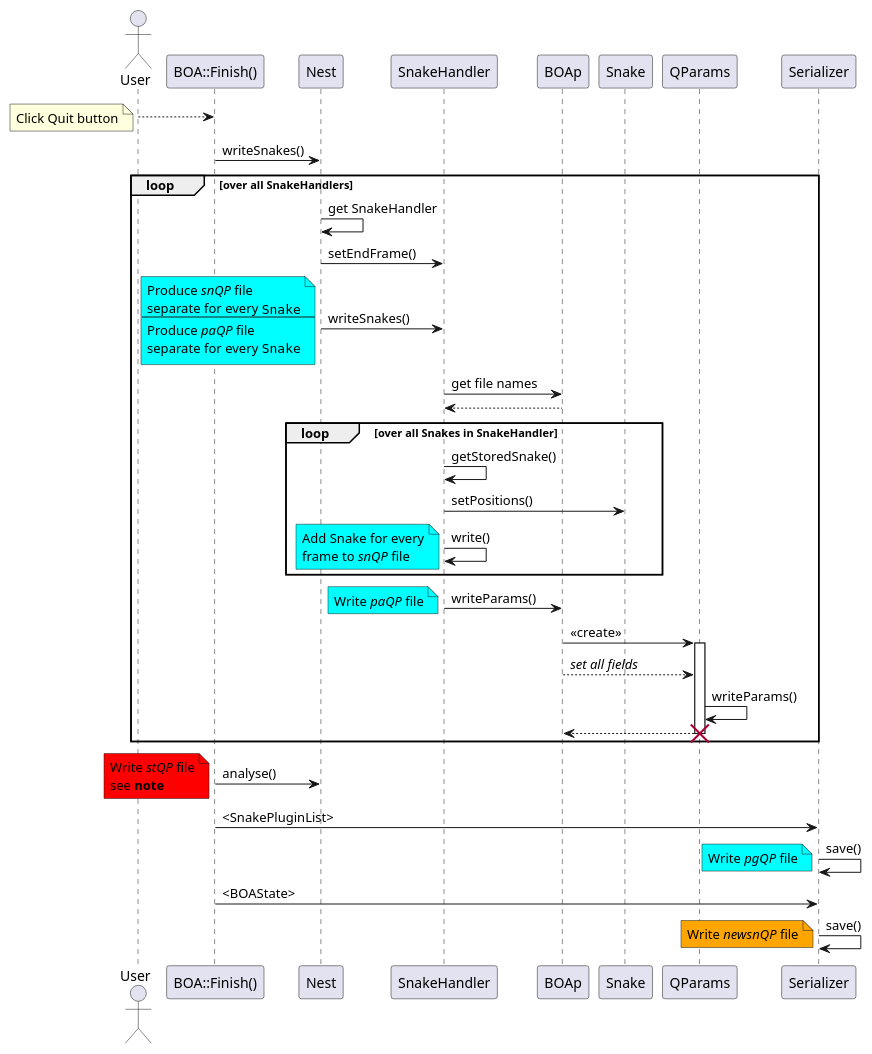
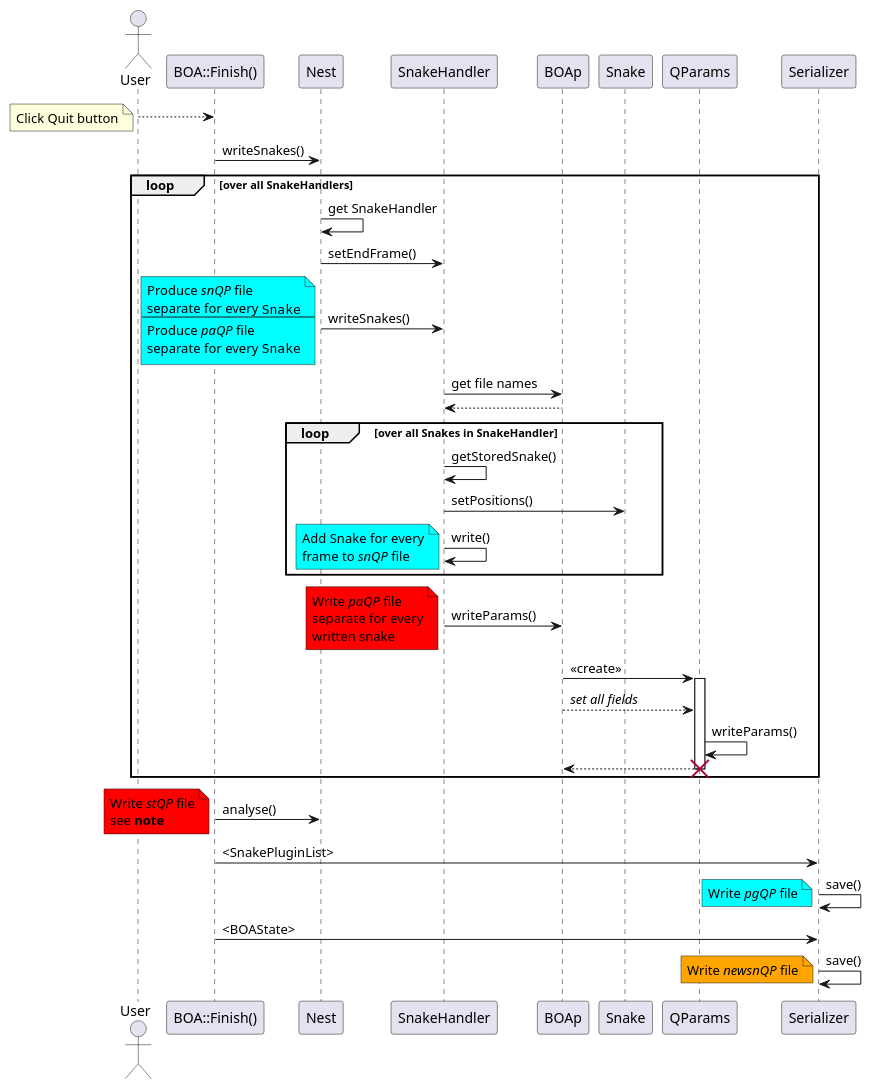
One commit to CellDynamics/QuimP changed the third of 4 diagrams in Doxygen_doc/ConfigurationHandling.md. Above: the diagram before and after it, drawn with PlantUML. The commit also changed 4 other files, not shown here.

```diff
--- a/Doxygen_doc/ConfigurationHandling.md
+++ b/Doxygen_doc/ConfigurationHandling.md
@@ -88,53 +88,53 @@
 @startuml
 Actor User
 participant "BOA::Finish()"
 participant Nest
 participant SnakeHandler
 participant BOAp
 participant Snake
 participant QParams
 participant Serializer
 
 User-->"BOA::Finish()"
 note left: Click Quit button
 "BOA::Finish()" -> Nest: writeSnakes()
 loop over all SnakeHandlers
 Nest -> Nest : get SnakeHandler
 Nest -> SnakeHandler : setEndFrame()
 Nest -> SnakeHandler : writeSnakes()
 note left #aqua
 Produce //snQP// file
 separate for every ""Snake""
 ---
 Produce //paQP// file
 separate for every ""Snake""
 end note
 SnakeHandler -> BOAp : get file names
 BOAp -->SnakeHandler
 loop over all Snakes in SnakeHandler
 SnakeHandler -> SnakeHandler : getStoredSnake()
 SnakeHandler -> Snake : setPositions()
 SnakeHandler -> SnakeHandler : write()
 note left #aqua
 Add Snake for every
 frame to //snQP// file
 end note
 end
 SnakeHandler -> BOAp : writeParams()
-note left #aqua : Write //paQP// file
+note left #red : Write //paQP// file\nseparate for every\nwritten snake
 BOAp -> QParams : <<create>>
 activate QParams
 BOAp-->QParams : //set all fields//
 QParams -> QParams : writeParams()
 QParams --> BOAp
 destroy QParams
 end
 "BOA::Finish()" -> Nest: analyse()
 note left #red : Write //stQP// file\nsee **note**
 "BOA::Finish()" -> Serializer : <SnakePluginList>
 Serializer -> Serializer : save()
 note left #aqua : Write //pgQP// file
 "BOA::Finish()" -> Serializer : <BOAState>
 Serializer -> Serializer : save()
 note left #orange : Write //newsnQP// file
 @enduml
```
